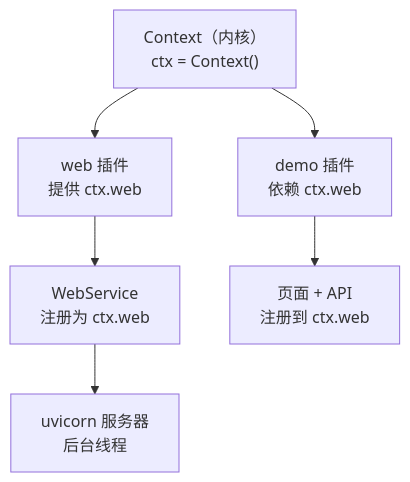
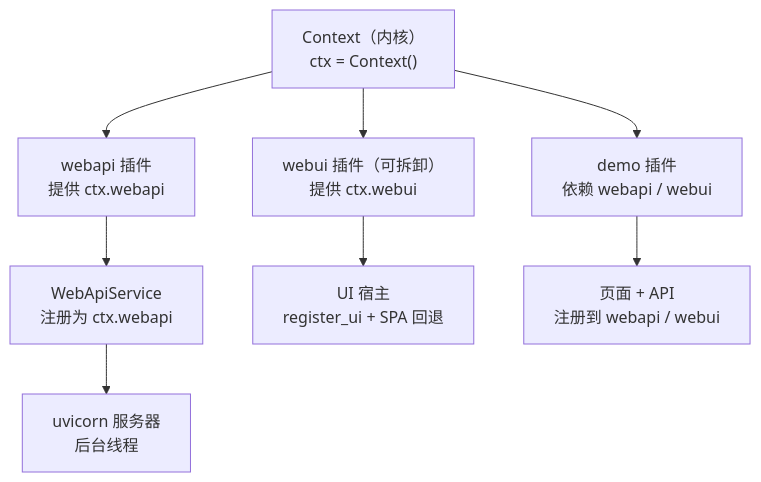
One commit to fshoocn/aetp changed the first of 5 diagrams in docs/开发文档.md. Above: the diagram before and after it, drawn with Mermaid. The commit also changed other lines of this file and 136 other files, not shown here.

First line of the commit message:
refactor(web): 拆分 web 为 webapi / webui 两个独立插件

````diff
--- a/docs/开发文档.md
+++ b/docs/开发文档.md
@@ -70,12 +70,14 @@
 ```mermaid
 graph TD
     Root["Context（内核）<br/>ctx = Context()"]
 
-    Root --> W["web 插件<br/>提供 ctx.web"]
-    Root --> D["demo 插件<br/>依赖 ctx.web"]
+    Root --> W["webapi 插件<br/>提供 ctx.webapi"]
+    Root --> U["webui 插件（可拆卸）<br/>提供 ctx.webui"]
+    Root --> D["demo 插件<br/>依赖 webapi / webui"]
 
-    W --> WS["WebService<br/>注册为 ctx.web"]
-    D --> Pages["页面 + API<br/>注册到 ctx.web"]
+    W --> WS["WebApiService<br/>注册为 ctx.webapi"]
+    U --> UI["UI 宿主<br/>register_ui + SPA 回退"]
+    D --> Pages["页面 + API<br/>注册到 webapi / webui"]
 
     WS --> Srv["uvicorn 服务器<br/>后台线程"]
 ```
````
